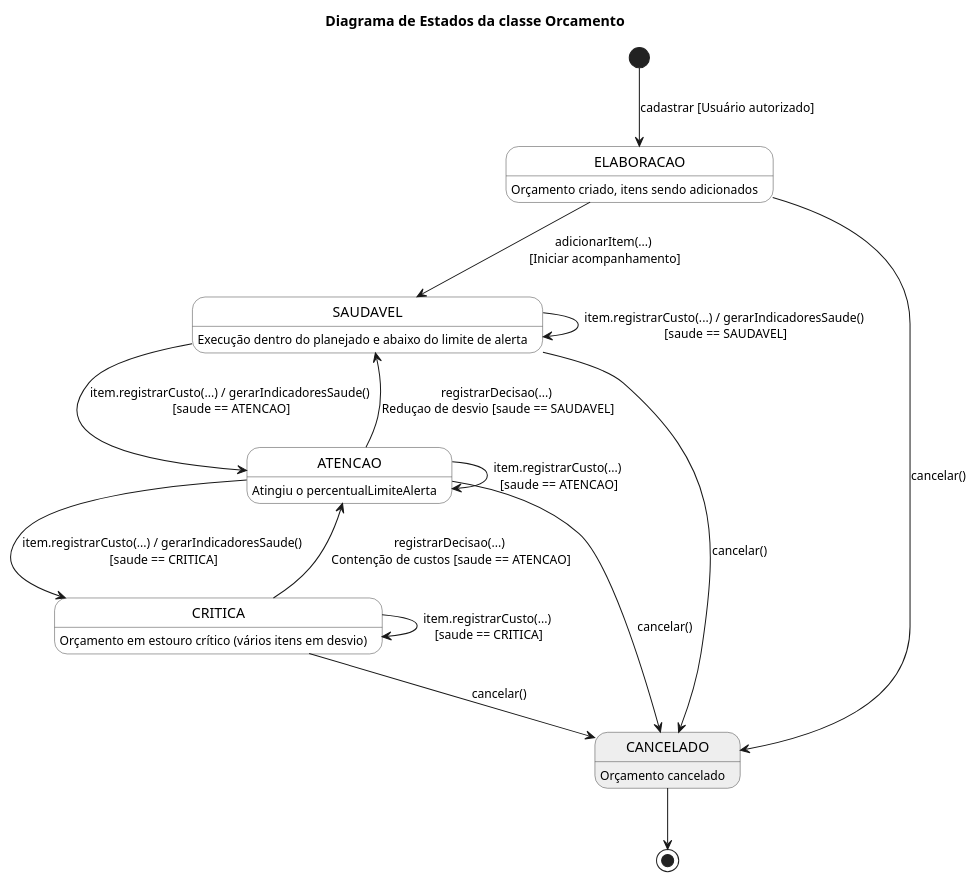
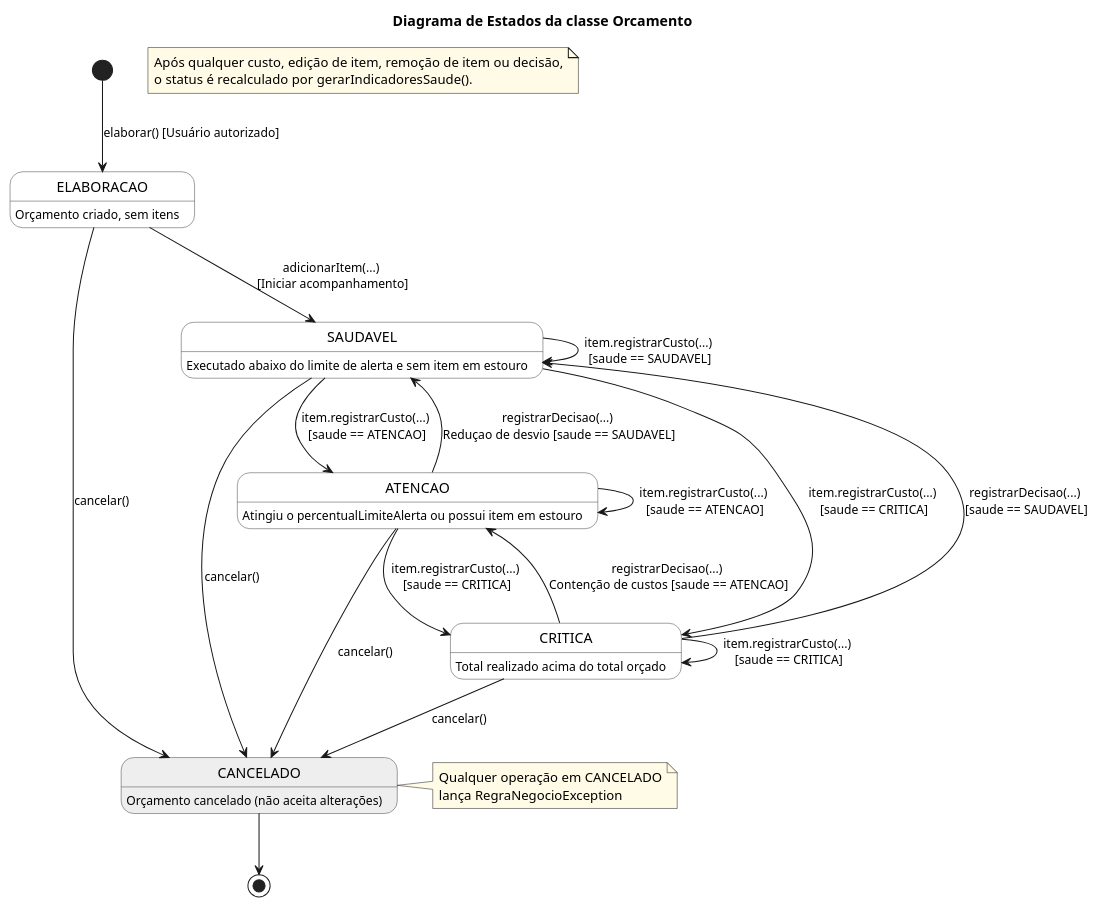
One commit to bernardoanobrega/oBRAS changed the diagram in docs/Diagramas dinamicos/Modulo Orcamento/orcamento-states.puml. Above: the diagram before and after it, drawn with PlantUML. The commit also changed 4 other files, not shown here.

First line of the commit message:
docs(orcamento): atualizar diagramas e mapeamento do orçamento

```diff
--- a/docs/Diagramas dinamicos/Modulo Orcamento/orcamento-states.puml
+++ b/docs/Diagramas dinamicos/Modulo Orcamento/orcamento-states.puml
@@ -1,42 +1,51 @@
 @startuml orcamento-states
 title Diagrama de Estados da classe Orcamento
 
 skinparam state {
     BackgroundColor #FFFFFF
     BorderColor #444444
     BackgroundColor<<final>> #EEEEEE
 }
 skinparam ArrowFontSize 12
 skinparam NoteBackgroundColor #FFFBE6
 hide empty description
 
 ' ===== ESTADOS =====
-state ELABORACAO : Orçamento criado, itens sendo adicionados
-state SAUDAVEL : Execução dentro do planejado e abaixo do limite de alerta
-state ATENCAO : Atingiu o percentualLimiteAlerta
-state CRITICA : Orçamento em estouro crítico (vários itens em desvio)
-state CANCELADO <<final>> : Orçamento cancelado
+state ELABORACAO : Orçamento criado, sem itens
+state SAUDAVEL : Executado abaixo do limite de alerta e sem item em estouro
+state ATENCAO : Atingiu o percentualLimiteAlerta ou possui item em estouro
+state CRITICA : Total realizado acima do total orçado
+state CANCELADO <<final>> : Orçamento cancelado (não aceita alterações)
+
+note "Após qualquer custo, edição de item, remoção de item ou decisão,\no status é recalculado por gerarIndicadoresSaude()." as N1
 
 ' ===== TRANSIÇÕES =====
-[*] --> ELABORACAO : cadastrar [Usuário autorizado]
+[*] --> ELABORACAO : elaborar() [Usuário autorizado]
 
 ELABORACAO --> SAUDAVEL : adicionarItem(...) \n[Iniciar acompanhamento]
 
-SAUDAVEL --> SAUDAVEL : item.registrarCusto(...) / gerarIndicadoresSaude() \n[saude == SAUDAVEL]
-SAUDAVEL --> ATENCAO : item.registrarCusto(...) / gerarIndicadoresSaude() \n[saude == ATENCAO]
+SAUDAVEL --> SAUDAVEL : item.registrarCusto(...) \n[saude == SAUDAVEL]
+SAUDAVEL --> ATENCAO : item.registrarCusto(...) \n[saude == ATENCAO]
+SAUDAVEL --> CRITICA : item.registrarCusto(...) \n[saude == CRITICA]
 
 ATENCAO --> SAUDAVEL : registrarDecisao(...) \nReduçao de desvio [saude == SAUDAVEL]
 ATENCAO --> ATENCAO : item.registrarCusto(...) \n[saude == ATENCAO]
-ATENCAO --> CRITICA : item.registrarCusto(...) / gerarIndicadoresSaude() \n[saude == CRITICA]
+ATENCAO --> CRITICA : item.registrarCusto(...) \n[saude == CRITICA]
 
 CRITICA --> ATENCAO : registrarDecisao(...) \nContenção de custos [saude == ATENCAO]
+CRITICA --> SAUDAVEL : registrarDecisao(...) \n[saude == SAUDAVEL]
 CRITICA --> CRITICA : item.registrarCusto(...) \n[saude == CRITICA]
 
 ELABORACAO --> CANCELADO : cancelar()
 SAUDAVEL --> CANCELADO : cancelar()
 ATENCAO --> CANCELADO : cancelar()
 CRITICA --> CANCELADO : cancelar()
 
 CANCELADO --> [*]
 
+note right of CANCELADO
+  Qualquer operação em CANCELADO
+  lança RegraNegocioException
+end note
+
 @enduml
```
